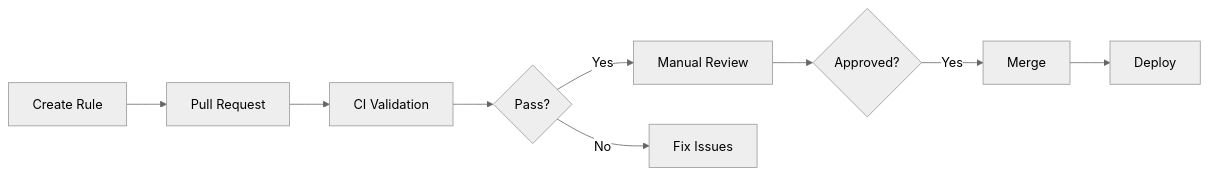
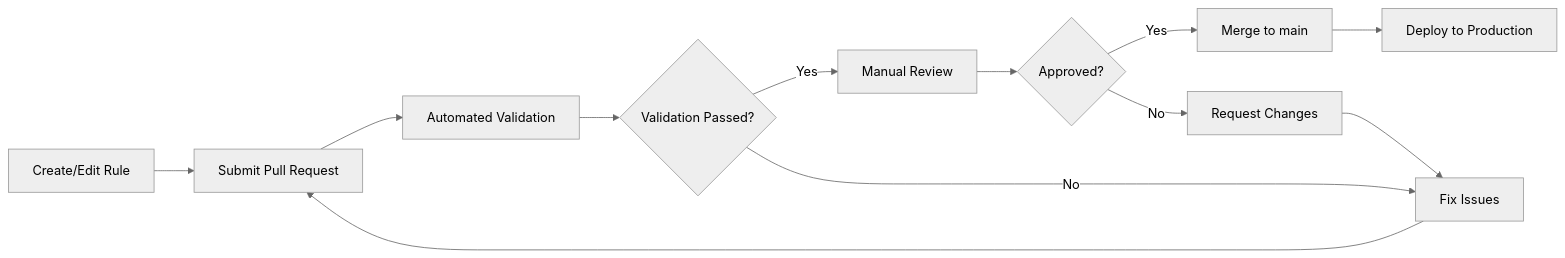
Before and after one commit to Abhishek-s-kumar/ci-cd-pipeline-doc: the second of 2 diagrams in README.md, drawn with Mermaid (neutral theme). The commit also changed other lines of this file, not shown here.

````diff
--- a/README.md
+++ b/README.md
@@ -159,11 +262,14 @@
 ```mermaid
 graph LR
-    A[Create Rule] --> B[Pull Request]
-    B --> C[CI Validation]
-    C --> D{Pass?}
+    A[Create/Edit Rule] --> B[Submit Pull Request]
+    B --> C[Automated Validation]
+    C --> D{Validation Passed?}
     D -->|Yes| E[Manual Review]
     D -->|No| F[Fix Issues]
+    F --> B
     E --> G{Approved?}
-    G -->|Yes| H[Merge]
-    H --> I[Deploy]
+    G -->|Yes| H[Merge to main]
+    G -->|No| I[Request Changes]
+    I --> F
+    H --> J[Deploy to Production]
 ```
````
